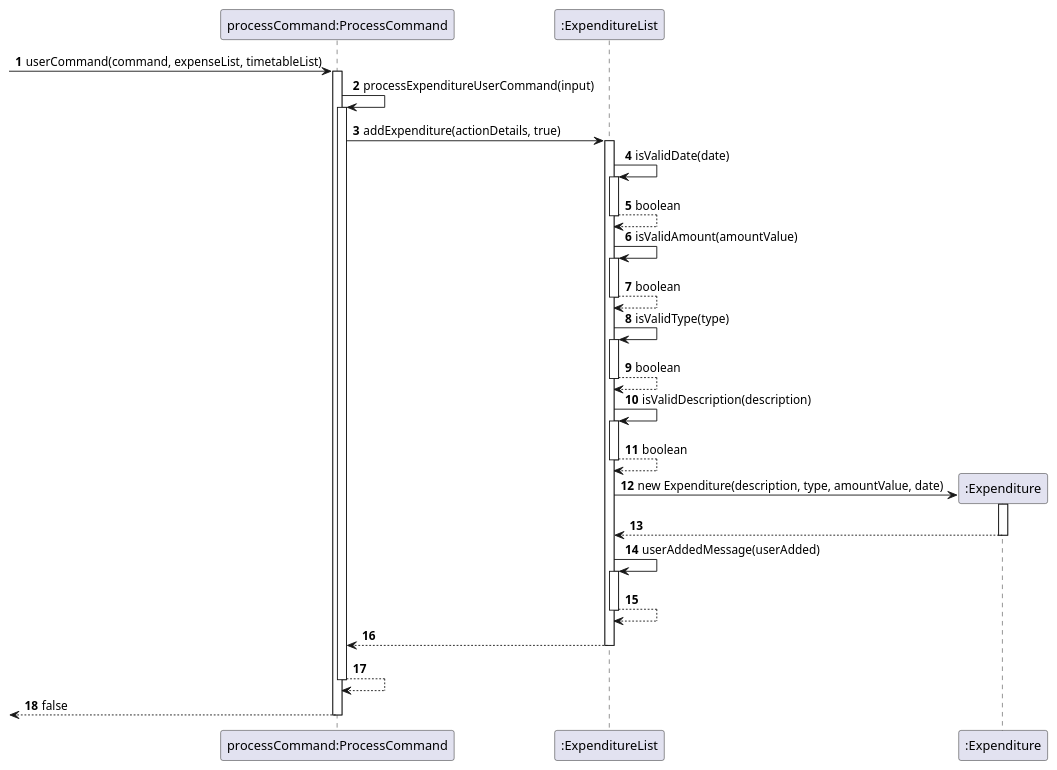
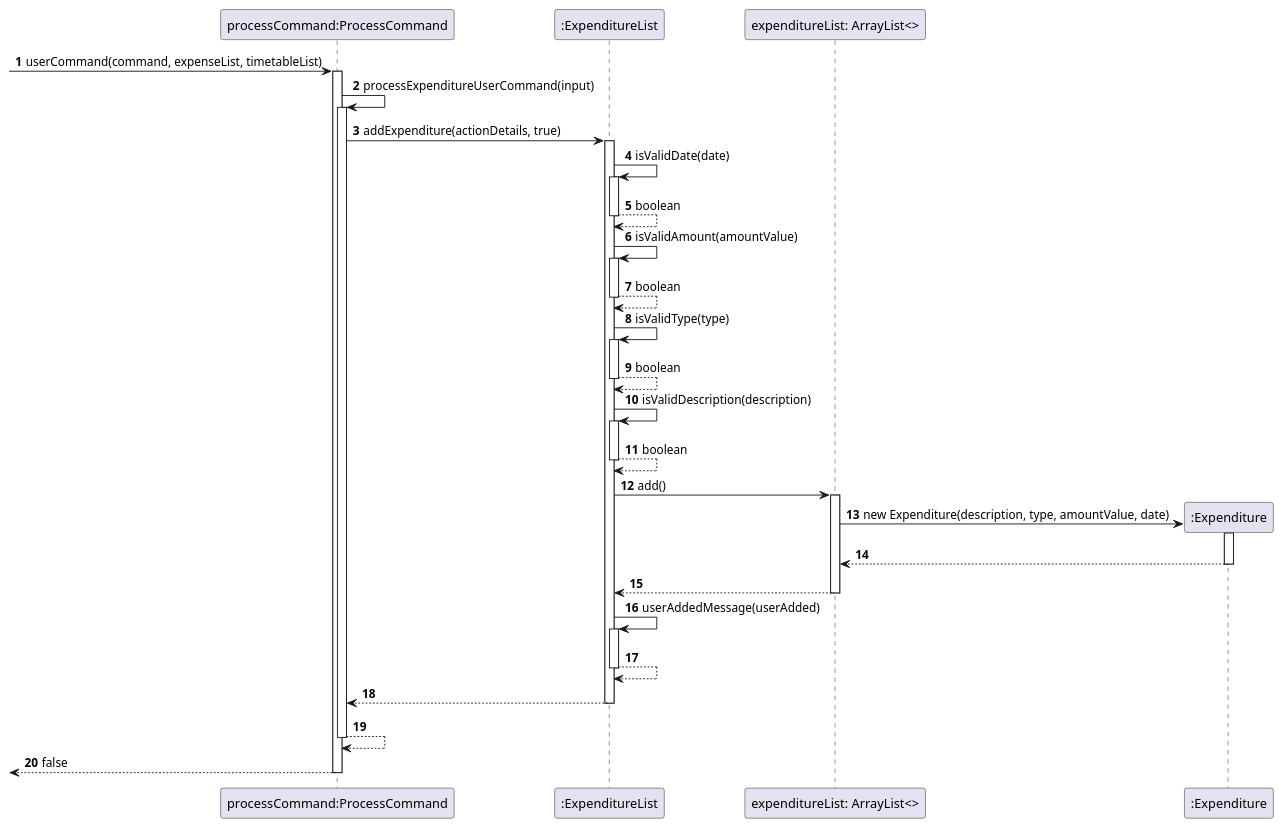
Before and after one commit to nyh3/tp: the diagram in docs/diagrams/AddExpenditure.puml, drawn with PlantUML. The commit also changed 4 other files, not shown here.

Commit message:
Add delete expenditure sequence diagram

```diff
--- a/docs/diagrams/AddExpenditure.puml
+++ b/docs/diagrams/AddExpenditure.puml
@@ -1,64 +1,71 @@
 @startuml
 'https://plantuml.com/sequence-diagram
 
 autonumber
 participant "processCommand:ProcessCommand" as processCommand
 participant ":ExpenditureList" as expenditureList
+participant "expenditureList: ArrayList<>" as arrayList
 participant ":Expenditure" as expenditure
 
 [-> processCommand: userCommand(command, expenseList, timetableList)
 activate processCommand
 
 processCommand -> processCommand: processExpenditureUserCommand(input)
 activate processCommand
 
 processCommand -> expenditureList: addExpenditure(actionDetails, true)
 activate expenditureList
 
 expenditureList -> expenditureList: isValidDate(date)
 activate expenditureList
 
 expenditureList --> expenditureList: boolean
 deactivate expenditureList
 
 expenditureList -> expenditureList: isValidAmount(amountValue)
 activate expenditureList
 
 expenditureList --> expenditureList: boolean
 deactivate expenditureList
 
 expenditureList -> expenditureList: isValidType(type)
 activate expenditureList
 
 expenditureList --> expenditureList: boolean
 deactivate expenditureList
 
 expenditureList -> expenditureList: isValidDescription(description)
 activate expenditureList
 
 expenditureList --> expenditureList: boolean
 deactivate expenditureList
 
+expenditureList -> arrayList: add()
+activate arrayList
+
 create expenditure
-expenditureList -> expenditure: new Expenditure(description, type, amountValue, date)
+arrayList -> expenditure: new Expenditure(description, type, amountValue, date)
 activate expenditure
 
-expenditure --> expenditureList:
+arrayList <-- expenditure:
 deactivate expenditure
+
+arrayList --> expenditureList:
+deactivate arrayList
 
 expenditureList -> expenditureList: userAddedMessage(userAdded)
 activate expenditureList
 
 expenditureList --> expenditureList:
 deactivate expenditureList
 
 expenditureList --> processCommand:
 deactivate expenditureList
 
 processCommand --> processCommand:
 deactivate processCommand
 
 [<-- processCommand: false
 deactivate processCommand
 
 @enduml
```
